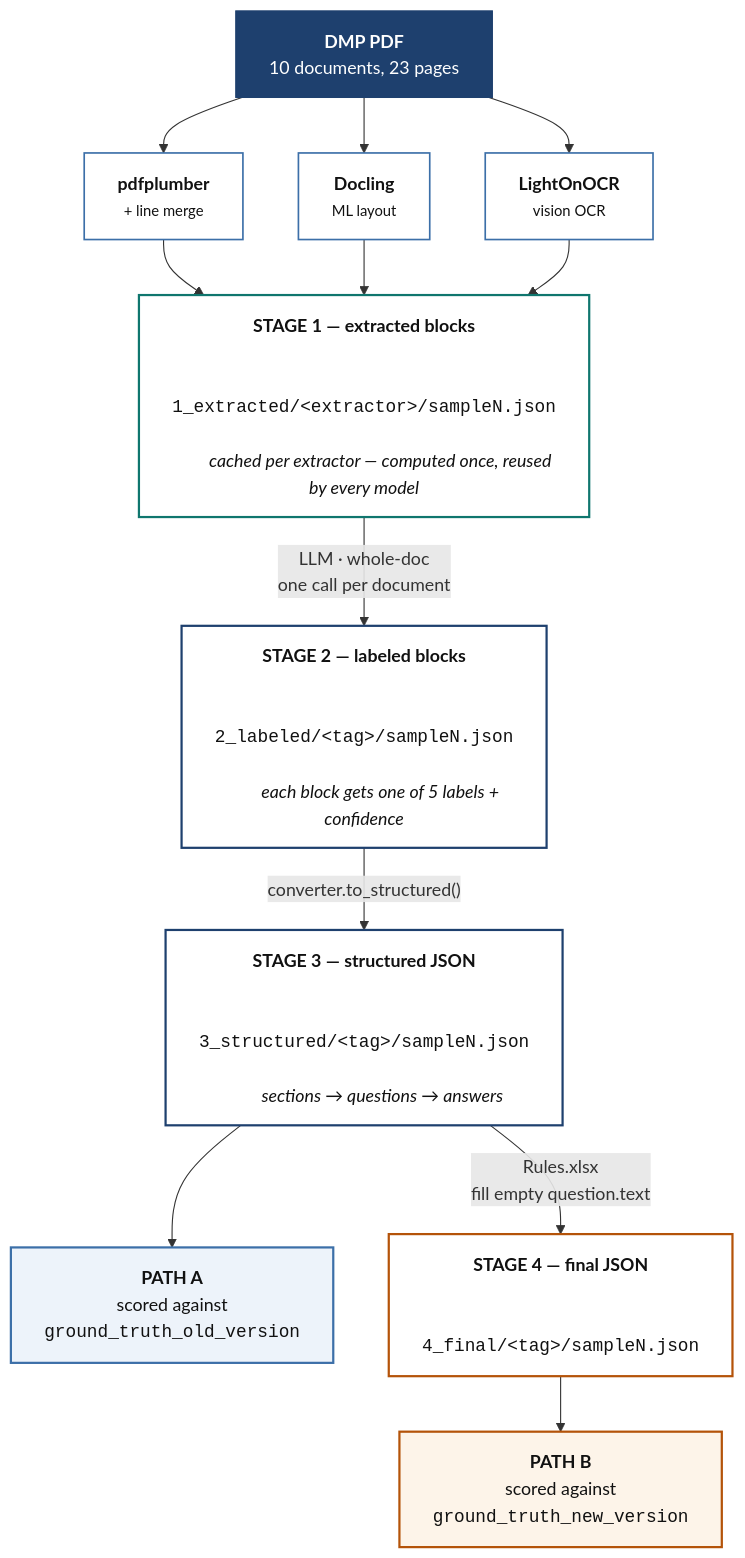
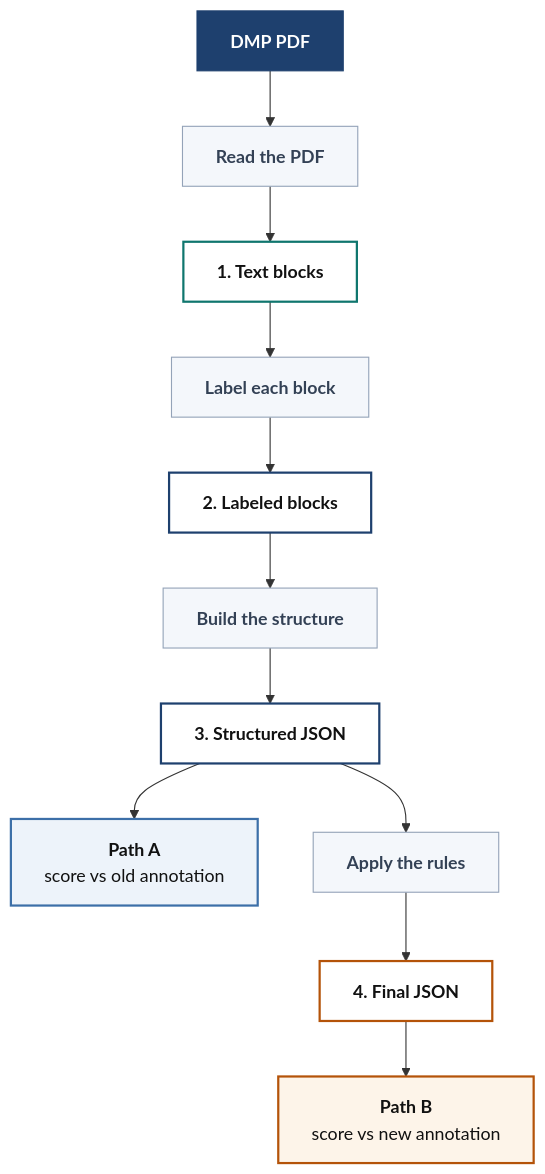
One commit to fairdataihub/dmpbridge changed the diagram in docs/pipeline.md. Above: the diagram before and after it, drawn with Mermaid. The commit also changed other lines of this file, not shown here.

Commit message:
Refactor pipeline diagram for clarity and detail enhancement

````diff
--- a/docs/pipeline.md
+++ b/docs/pipeline.md
@@ -3,52 +3,32 @@
 ```mermaid
 flowchart TD
-    PDF["<b>DMP PDF</b><br/>10 documents, 23 pages"]
+    PDF["<b>DMP PDF</b>"]
 
-    PDF --> PLUMB["<b>pdfplumber</b><br/><small>+ line merge</small>"]
-    PDF --> DOC["<b>Docling</b><br/><small>ML layout</small>"]
-    PDF --> OCR["<b>LightOnOCR</b><br/><small>vision OCR</small>"]
+    PDF --> READ["<b>Read the PDF</b>"]
+    READ --> S1["<b>1. Text blocks</b>"]
+    S1 --> LABEL["<b>Label each block</b>"]
+    LABEL --> S2["<b>2. Labeled blocks</b>"]
+    S2 --> BUILD["<b>Build the structure</b>"]
+    BUILD --> S3["<b>3. Structured JSON</b>"]
 
-    PLUMB --> S1
-    DOC --> S1
-    OCR --> S1
+    S3 --> PATHA["<b>Path A</b><br/>score vs old annotation"]
+    S3 --> RULES["<b>Apply the rules</b>"]
+    RULES --> S4["<b>4. Final JSON</b>"]
+    S4 --> PATHB["<b>Path B</b><br/>score vs new annotation"]
 
-    S1["<b>STAGE 1 — extracted blocks</b><br/>
-        <code>1_extracted/&lt;extractor&gt;/sampleN.json</code><br/>
-        <i>cached per extractor — computed once, reused by every model</i>"]
-
-    S1 -->|"LLM · whole-doc<br/>one call per document"| S2
-
-    S2["<b>STAGE 2 — labeled blocks</b><br/>
-        <code>2_labeled/&lt;tag&gt;/sampleN.json</code><br/>
-        <i>each block gets one of 5 labels + confidence</i>"]
-
-    S2 -->|"converter.to_structured()"| S3
-
-    S3["<b>STAGE 3 — structured JSON</b><br/>
-        <code>3_structured/&lt;tag&gt;/sampleN.json</code><br/>
-        <i>sections → questions → answers</i>"]
-
-    S3 --> PATHA["<b>PATH A</b><br/>scored against<br/><code>ground_truth_old_version</code>"]
-    S3 -->|"Rules.xlsx<br/>fill empty question.text"| S4
-
-    S4["<b>STAGE 4 — final JSON</b><br/>
-        <code>4_final/&lt;tag&gt;/sampleN.json</code>"]
-
-    S4 --> PATHB["<b>PATH B</b><br/>scored against<br/><code>ground_truth_new_version</code>"]
-
-    classDef stage  fill:#ffffff,stroke:#1E406E,stroke-width:2px,color:#111
+    classDef input  fill:#1E406E,stroke:#1E406E,color:#ffffff
+    classDef step   fill:#F4F7FB,stroke:#94A3B8,stroke-width:1px,color:#334155
     classDef cached fill:#ffffff,stroke:#0F766E,stroke-width:2px,color:#111
+    classDef data   fill:#ffffff,stroke:#1E406E,stroke-width:2px,color:#111
     classDef rules  fill:#ffffff,stroke:#B45309,stroke-width:2px,color:#111
-    classDef extr   fill:#ffffff,stroke:#3C6FA8,stroke-width:1.5px,color:#111
-    classDef input  fill:#1E406E,stroke:#1E406E,color:#ffffff
     classDef pathA  fill:#EDF3FA,stroke:#3C6FA8,stroke-width:2px,color:#111
     classDef pathB  fill:#FDF4E9,stroke:#B45309,stroke-width:2px,color:#111
 
     class PDF input
-    class PLUMB,DOC,OCR extr
+    class READ,LABEL,BUILD,RULES step
     class S1 cached
-    class S2,S3 stage
+    class S2,S3 data
     class S4 rules
     class PATHA pathA
     class PATHB pathB
 ```
````
